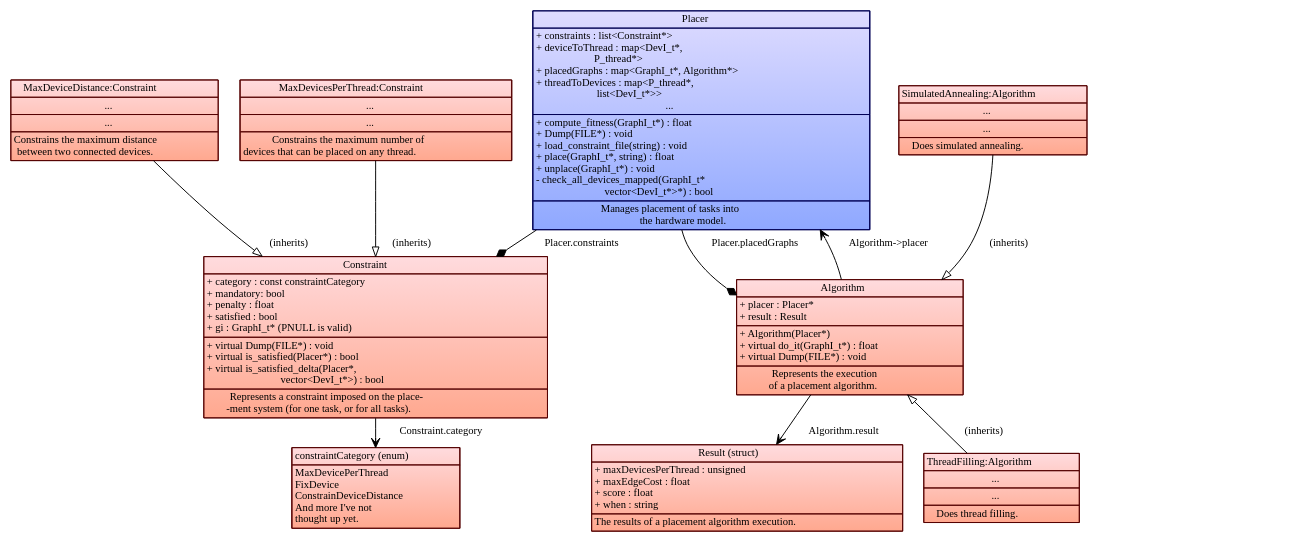
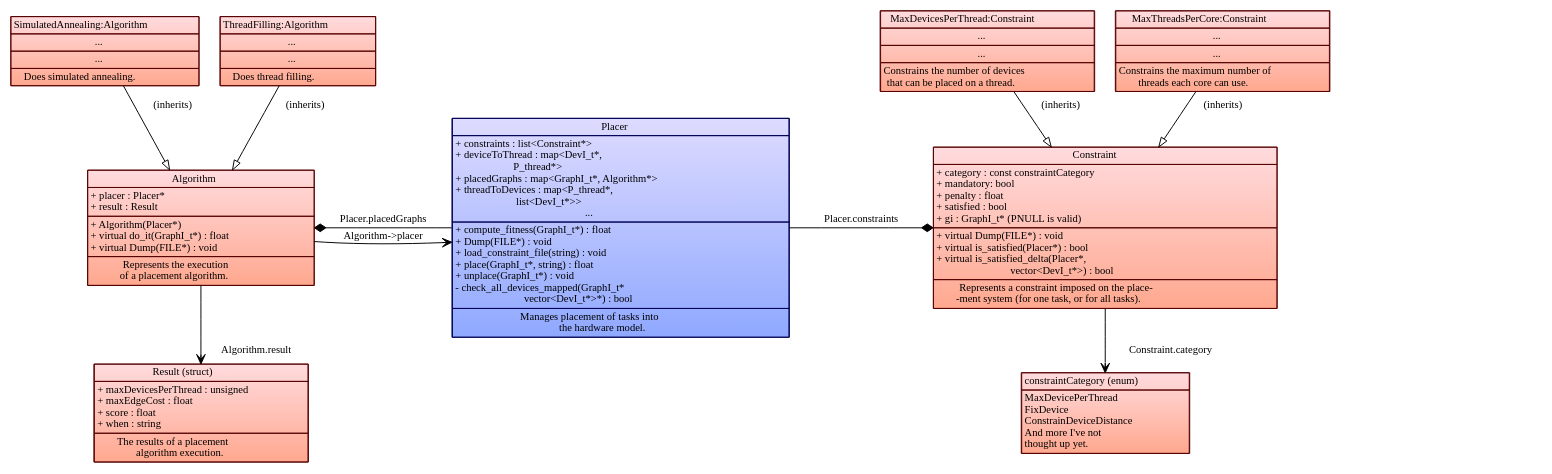
One commit to POETSII/orchestrator-documentation changed the diagram in images/source/placement_data_structure_internal.dot. Above: the diagram before and after it, drawn with Graphviz.

Commit message:
Rearranging

```diff
--- a/images/source/placement_data_structure_internal.dot
+++ b/images/source/placement_data_structure_internal.dot
@@ -44,8 +44,8 @@
     node[color="#550000",
          fillcolor="#FFDBDE:#FFA88F"]
 
-    MaxDeviceDistance[label=<<TABLE BORDER="0" CELLBORDER="1" CELLSPACING="0">
-<TR><TD>MaxDeviceDistance:Constraint</TD></TR>
+    MaxDevicesPerThread[label=<<TABLE BORDER="0" CELLBORDER="1" CELLSPACING="0">
+<TR><TD>MaxDevicesPerThread:Constraint</TD></TR>
 <TR><TD ALIGN="TEXT">
 ...<BR ALIGN="TEXT"/>
 </TD></TR>
@@ -53,8 +53,8 @@
 ...<BR ALIGN="TEXT"/>
 </TD></TR>
 <TR><TD ALIGN="TEXT">
-Constrains the maximum distance<BR ALIGN="TEXT"/>
-between two connected devices.<BR ALIGN="TEXT"/>
+Constrains the number of devices<BR ALIGN="TEXT"/>
+that can be placed on a thread.<BR ALIGN="TEXT"/>
 </TD></TR></TABLE>>];
 
     Constraint[label=<<TABLE BORDER="0" CELLBORDER="1" CELLSPACING="0">
@@ -90,8 +90,8 @@
 thought up yet.<BR ALIGN="LEFT"/>
 </TD></TR></TABLE>>];
 
-    MaxDevicesPerThread[label=<<TABLE BORDER="0" CELLBORDER="1" CELLSPACING="0">
-<TR><TD>MaxDevicesPerThread:Constraint</TD></TR>
+    MaxThreadsPerCore[label=<<TABLE BORDER="0" CELLBORDER="1" CELLSPACING="0">
+<TR><TD>MaxThreadsPerCore:Constraint</TD></TR>
 <TR><TD ALIGN="TEXT">
 ...<BR ALIGN="TEXT"/>
 </TD></TR>
@@ -100,7 +100,7 @@
 </TD></TR>
 <TR><TD ALIGN="TEXT">
 Constrains the maximum number of<BR ALIGN="TEXT"/>
-devices that can be placed on any thread.<BR ALIGN="TEXT"/>
+threads each core can use.<BR ALIGN="TEXT"/>
 </TD></TR></TABLE>>];
 
     Algorithm[label=<<TABLE BORDER="0" CELLBORDER="1" CELLSPACING="0">
@@ -128,7 +128,8 @@
 + when : string<BR ALIGN="LEFT"/>
 </TD></TR>
 <TR><TD ALIGN="TEXT">
-The results of a placement algorithm execution.<BR ALIGN="TEXT"/>
+The results of a placement<BR ALIGN="TEXT"/>
+algorithm execution.<BR ALIGN="TEXT"/>
 </TD></TR></TABLE>>];
 
     SimulatedAnnealing[label=<<TABLE BORDER="0" CELLBORDER="1" CELLSPACING="0">
@@ -169,42 +170,21 @@
 
     /* One-to-many relationships in a separate block. */
     {edge[arrowhead="diamond"];
-        Placer -> Constraint[label=" Placer.constraints", dir="reverse"];
-        Placer -> Algorithm[label=" Placer.placedGraphs"];
+        Placer -> Constraint[label=" Placer.constraints", constraint="false"];
+        Placer -> Algorithm[label=" Placer.placedGraphs", constraint="false"];
     }
 
     /* Inheritance */
     {edge[arrowhead="onormal", label=" (inherits)"];
-        //ThreadFilling -> Algorithm;
-        Algorithm -> ThreadFilling[arrowtail="onormal", dir="back"];
+        ThreadFilling -> Algorithm;
         SimulatedAnnealing -> Algorithm;
+        MaxThreadsPerCore -> Constraint;
         MaxDevicesPerThread -> Constraint;
-        MaxDeviceDistance -> Constraint;
     }
 
-    /* Rank hackery
+    /* Rank hackery */
     {rank="same";
-        SimulatedAnnealing -> ThreadFilling [style="invis"];
+        Algorithm -> Placer -> Constraint [style="invis"];
         rankdir="LR";
     }
-
-    {rank="same";
-        Algorithm -> Result [style="invis"];
-        rankdir="LR";
-    }
-
-    {rank="same";
-        Constraint -> constraintCategory [style="invis"];
-        rankdir="LR";
-    }
-
-    {rank="same";
-        MaxDeviceDistance -> MaxDevicesPerThread [style="invis"];
-        rankdir="LR";
-    }
-
-    {rank="same";
-        Algorithm -> Placer -> Constraint [style="invis"];
-        rankdir="UD";
-        }*/
 }
```
